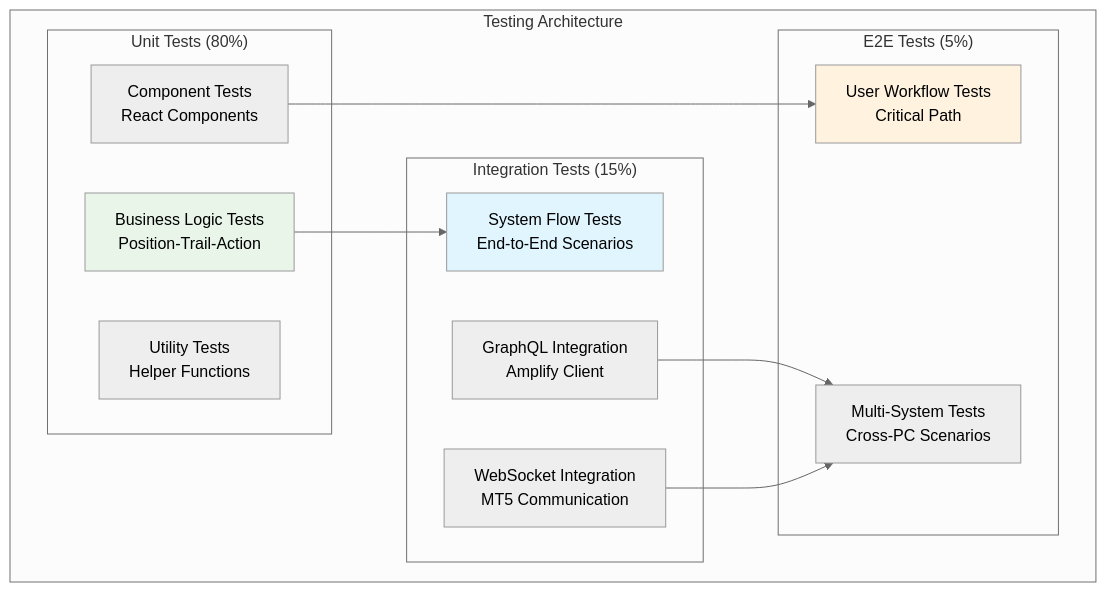
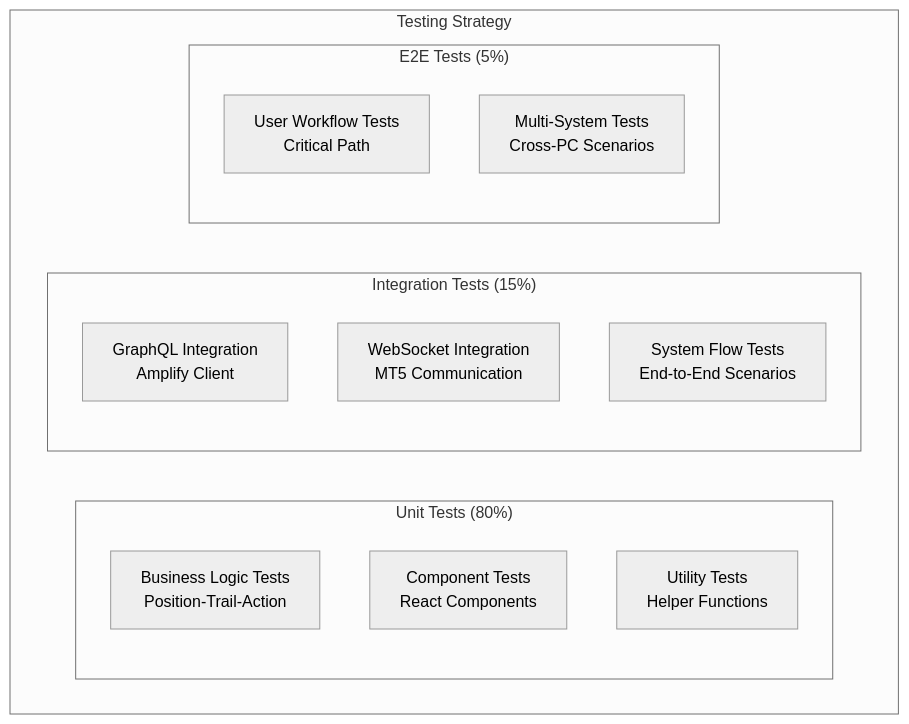
One commit to rnrnstar2/ArbitrageAssistant changed the second of 3 diagrams in docs/quality-department-architecture.md. Above: the diagram before and after it, drawn with Mermaid (neutral theme). The commit also changed other lines of this file and 33 other files, not shown here.

````diff
--- a/docs/quality-department-architecture.md
+++ b/docs/quality-department-architecture.md
@@ -85,30 +70,21 @@
 ```mermaid
 graph TB
-    subgraph "Testing Architecture"
+    subgraph "Testing Strategy"
         subgraph "Unit Tests (80%)"
             UTBusiness[Business Logic Tests<br/>Position-Trail-Action]
             UTComponents[Component Tests<br/>React Components]
             UTUtils[Utility Tests<br/>Helper Functions]
         end
         
         subgraph "Integration Tests (15%)"
             ITGraphQL[GraphQL Integration<br/>Amplify Client]
             ITWebSocket[WebSocket Integration<br/>MT5 Communication]
             ITSystemFlow[System Flow Tests<br/>End-to-End Scenarios]
         end
         
         subgraph "E2E Tests (5%)"
             E2EWorkflow[User Workflow Tests<br/>Critical Path]
             E2EMultiSystem[Multi-System Tests<br/>Cross-PC Scenarios]
         end
     end
-    
-    UTBusiness --> ITSystemFlow
-    UTComponents --> E2EWorkflow
-    ITGraphQL --> E2EMultiSystem
-    ITWebSocket --> E2EMultiSystem
-    
-    style UTBusiness fill:#e8f5e8
-    style ITSystemFlow fill:#e1f5fe
-    style E2EWorkflow fill:#fff3e0
 ```
````
